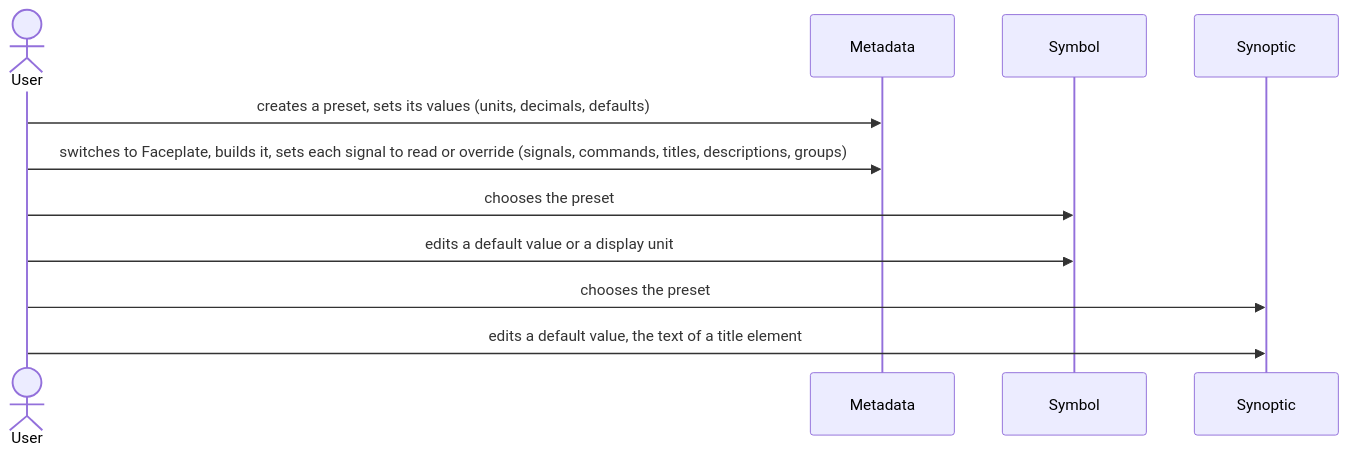
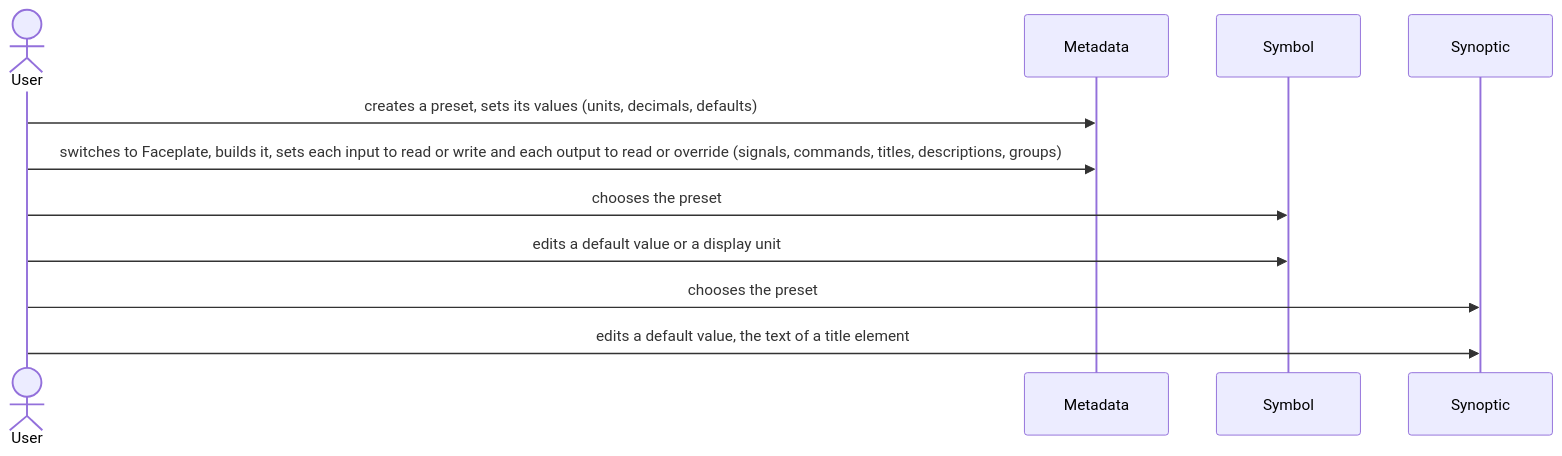
The sixth of 6 diagrams in metadata/09-presets.md (AlexandreGallais/synoptic-studio-spec), drawn with Mermaid before and after one commit. The commit also changed other lines of this file and 14 other files, not shown here.

First line of the commit message:
docs(spec): move symbol lib pages to the bar and fix faceplate write modes

````diff
--- a/metadata/09-presets.md
+++ b/metadata/09-presets.md
@@ -170,13 +176,13 @@
 ```mermaid
 sequenceDiagram
     actor U as User
     participant MD as Metadata
     participant SY as Symbol
     participant SN as Synoptic
     U->>MD: creates a preset, sets its values (units, decimals, defaults)
-    U->>MD: switches to Faceplate, builds it, sets each signal to read or override (signals, commands, titles, descriptions, groups)
+    U->>MD: switches to Faceplate, builds it, sets each input to read or write and each output to read or override (signals, commands, titles, descriptions, groups)
     U->>SY: chooses the preset
     U->>SY: edits a default value or a display unit
     U->>SN: chooses the preset
     U->>SN: edits a default value, the text of a title element
 ```
````
